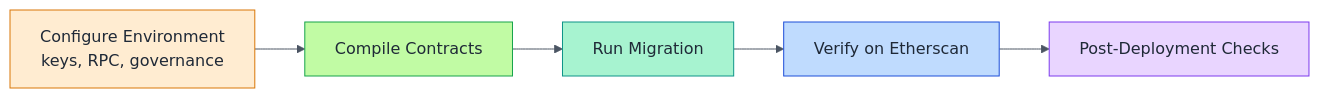
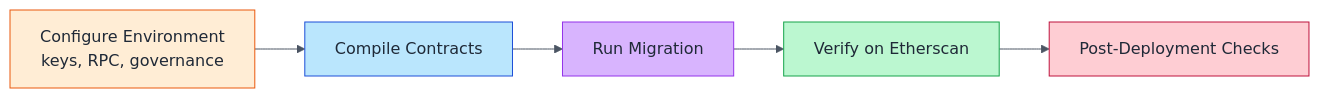
One commit to MontrealAI/AGIJobsv0 changed the diagram in docs/deploying-agijobs-v2-mainnet-cli-guide.md. Above: the diagram before and after it, drawn with Mermaid. The commit also changed other lines of this file, not shown here.

Commit message:
docs: enhance truffle mainnet cli guide

````diff
--- a/docs/deploying-agijobs-v2-mainnet-cli-guide.md
+++ b/docs/deploying-agijobs-v2-mainnet-cli-guide.md
@@ -9,14 +9,14 @@
 ```mermaid
-%%{init: {'theme':'forest', 'themeVariables': { 'primaryColor': '#ffecd1', 'secondaryColor': '#c1fba4', 'tertiaryColor': '#a7f3d0', 'fontSize': '16px', 'textColor': '#1f2937', 'lineColor': '#4b5563'}}}%%
+%%{init: {'theme':'base', 'themeVariables': { 'primaryColor': '#ffedd5', 'secondaryColor': '#bae6fd', 'tertiaryColor': '#d8b4fe', 'fontSize': '16px', 'textColor': '#1f2937', 'lineColor': '#4b5563'}}}%%
 flowchart LR
     A[Configure Environment\nkeys, RPC, governance]:::prep --> B[Compile Contracts]:::compile
     B --> C[Run Migration]:::deploy
     C --> D[Verify on Etherscan]:::verify
     D --> E[Post-Deployment Checks]:::post
 
-    classDef prep fill:#ffecd1,stroke:#d97706,color:#1f2937;
-    classDef compile fill:#c1fba4,stroke:#16a34a,color:#1f2937;
-    classDef deploy fill:#a7f3d0,stroke:#0d9488,color:#1f2937;
-    classDef verify fill:#bfdbfe,stroke:#1d4ed8,color:#1f2937;
-    classDef post fill:#e9d5ff,stroke:#7c3aed,color:#1f2937;
+    classDef prep fill:#ffedd5,stroke:#ea580c,color:#1f2937;
+    classDef compile fill:#bae6fd,stroke:#1d4ed8,color:#1f2937;
+    classDef deploy fill:#d8b4fe,stroke:#9333ea,color:#1f2937;
+    classDef verify fill:#bbf7d0,stroke:#16a34a,color:#1f2937;
+    classDef post fill:#fecdd3,stroke:#be123c,color:#1f2937;
 ```
````
